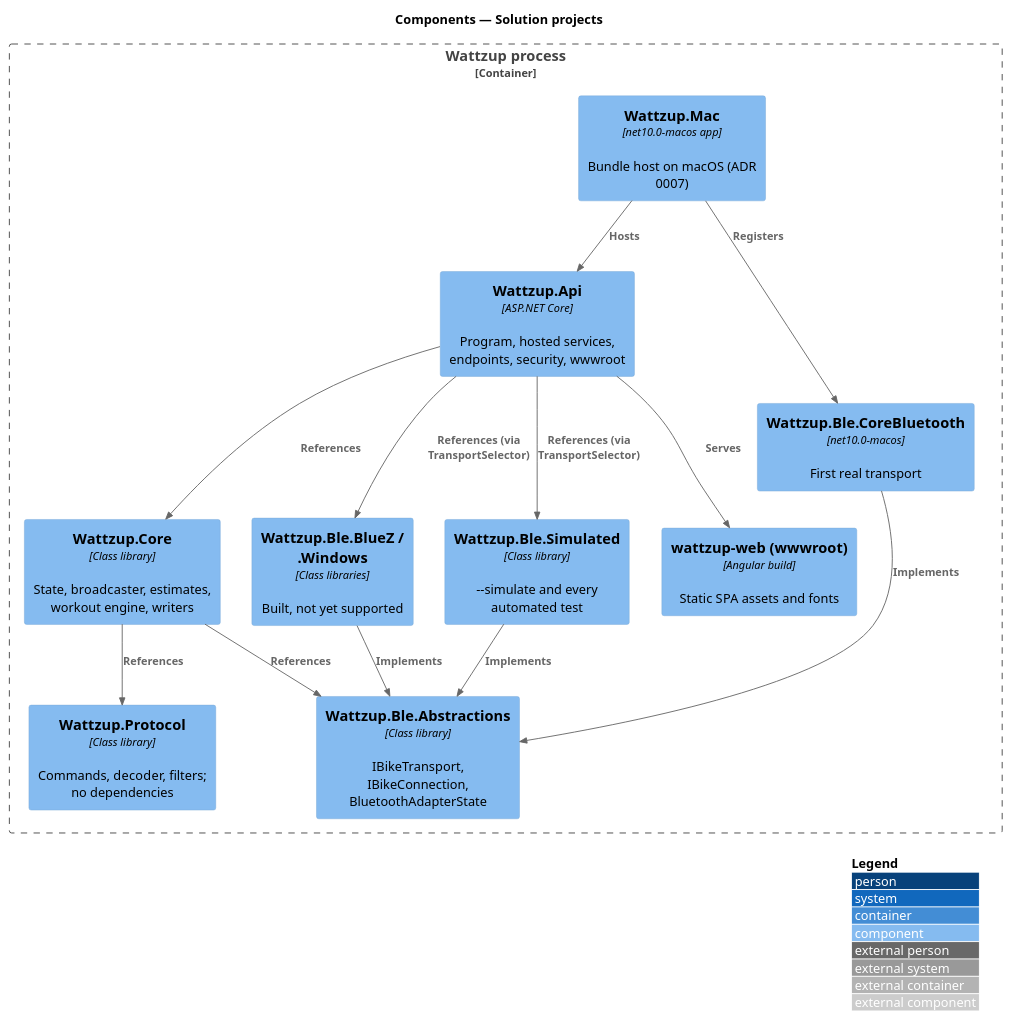
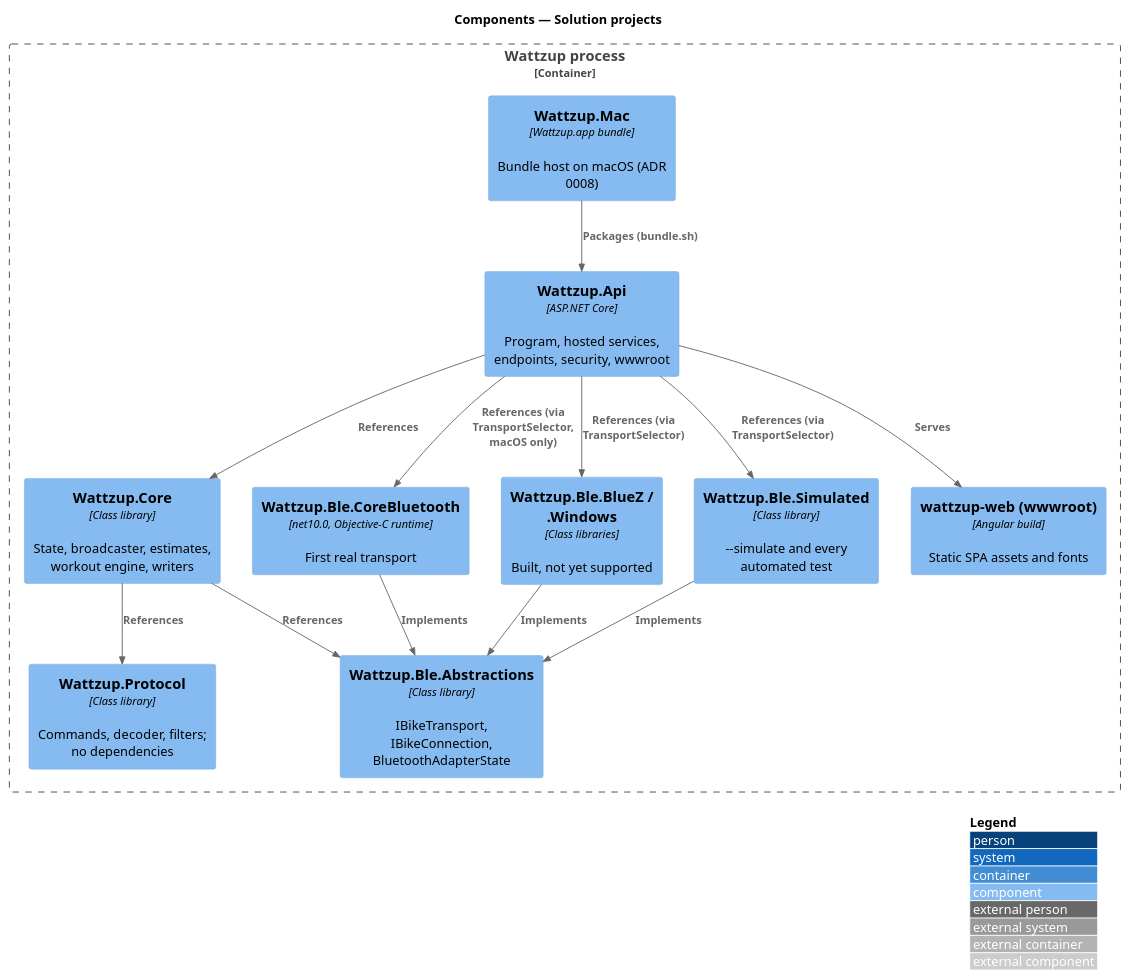
One commit to QuinntyneBrown/ride-one changed the diagram in docs/detailed-designs/platform/host-and-structure/diagrams/c4-component.puml. Above: the diagram before and after it, drawn with PlantUML. The commit also changed 23 other files, not shown here.

First line of the commit message:
Add the CoreBluetooth transport and the Wattzup.app bundle

```diff
--- a/docs/detailed-designs/platform/host-and-structure/diagrams/c4-component.puml
+++ b/docs/detailed-designs/platform/host-and-structure/diagrams/c4-component.puml
@@ -1,29 +1,29 @@
 @startuml
 !include <C4/C4_Component>
 LAYOUT_WITH_LEGEND()
 title Components — Solution projects
 
 Container_Boundary(proc, "Wattzup process") {
-  Component(mac, "Wattzup.Mac", "net10.0-macos app", "Bundle host on macOS (ADR 0007)")
+  Component(mac, "Wattzup.Mac", "Wattzup.app bundle", "Bundle host on macOS (ADR 0008)")
   Component(api, "Wattzup.Api", "ASP.NET Core", "Program, hosted services, endpoints, security, wwwroot")
   Component(core, "Wattzup.Core", "Class library", "State, broadcaster, estimates, workout engine, writers")
   Component(proto, "Wattzup.Protocol", "Class library", "Commands, decoder, filters; no dependencies")
   Component(abs, "Wattzup.Ble.Abstractions", "Class library", "IBikeTransport, IBikeConnection, BluetoothAdapterState")
-  Component(cb, "Wattzup.Ble.CoreBluetooth", "net10.0-macos", "First real transport")
+  Component(cb, "Wattzup.Ble.CoreBluetooth", "net10.0, Objective-C runtime", "First real transport")
   Component(plat, "Wattzup.Ble.BlueZ / .Windows", "Class libraries", "Built, not yet supported")
   Component(sim, "Wattzup.Ble.Simulated", "Class library", "~--simulate and every automated test")
   Component(spa, "wattzup-web (wwwroot)", "Angular build", "Static SPA assets and fonts")
 }
 
-Rel(mac, api, "Hosts")
-Rel(mac, cb, "Registers")
+Rel(mac, api, "Packages (bundle.sh)")
+Rel(api, cb, "References (via TransportSelector, macOS only)")
 Rel(api, core, "References")
 Rel(api, sim, "References (via TransportSelector)")
 Rel(api, plat, "References (via TransportSelector)")
 Rel(api, spa, "Serves")
 Rel(core, proto, "References")
 Rel(core, abs, "References")
 Rel(cb, abs, "Implements")
 Rel(plat, abs, "Implements")
 Rel(sim, abs, "Implements")
 @enduml
```
